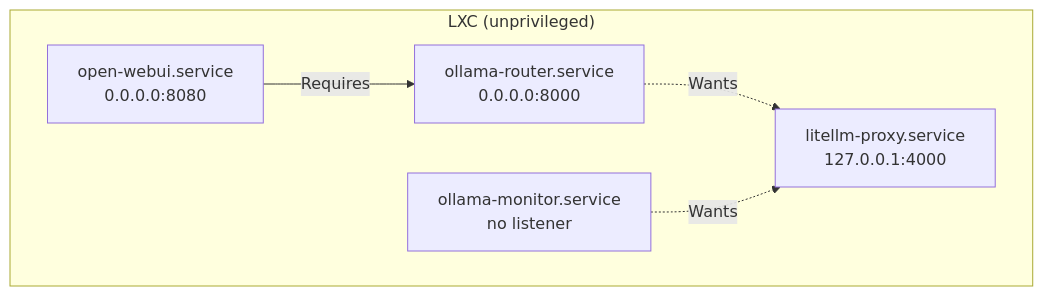
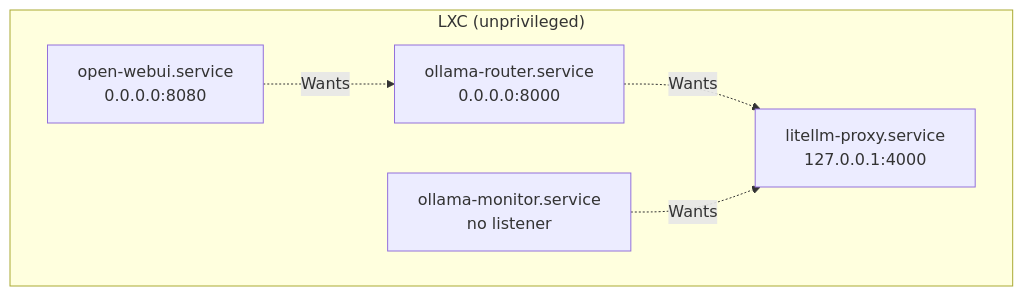
One commit to wwarren/osr changed the second of 3 diagrams in ARCHITECTURE.md. Above: the diagram before and after it, drawn with Mermaid. The commit also changed other lines of this file and 14 other files, not shown here.

````diff
--- a/ARCHITECTURE.md
+++ b/ARCHITECTURE.md
@@ -119,12 +119,12 @@
 ```mermaid
 flowchart TB
     subgraph ctr["LXC (unprivileged)"]
         A["open-webui.service<br/>0.0.0.0:8080"]
         B["ollama-router.service<br/>0.0.0.0:8000"]
         C["litellm-proxy.service<br/>127.0.0.1:4000"]
         D["ollama-monitor.service<br/>no listener"]
     end
-    A -->|Requires| B
+    A -.->|Wants| B
     B -.->|Wants| C
     D -.->|Wants| C
 ```
````
